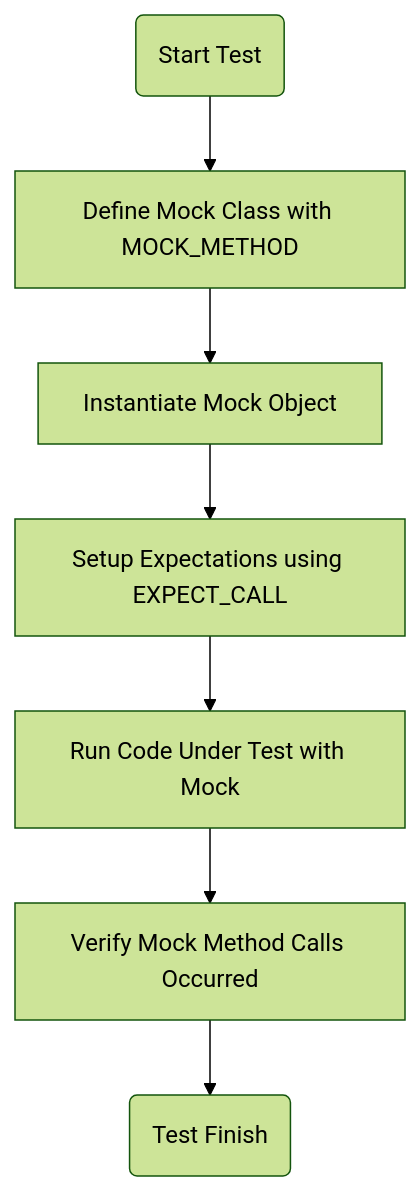
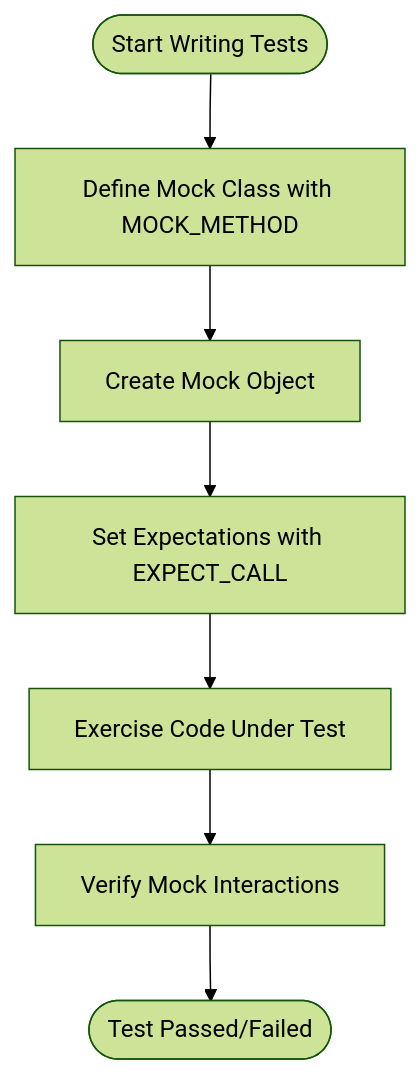
The diagram in guides/mocking-best-practices/creating-mocks.mdx (clidey/docucod-public-project-869ef7c3-7eff-4ad2-9765-2698303f14d7), drawn with Mermaid (forest theme) before and after one commit. The commit also changed other lines of this file and 48 other files, not shown here.

````diff
--- a/guides/mocking-best-practices/creating-mocks.mdx
+++ b/guides/mocking-best-practices/creating-mocks.mdx
@@ -278,9 +380,9 @@
 ```mermaid
 flowchart TD
-  Start("Start Test") --> DefineMock["Define Mock Class with MOCK_METHOD"]
-  DefineMock --> InstantiateMock["Instantiate Mock Object"]
-  InstantiateMock --> SetupExpectations["Setup Expectations using EXPECT_CALL"]
-  SetupExpectations --> ExerciseCode["Run Code Under Test with Mock"]
-  ExerciseCode --> VerifyCalls["Verify Mock Method Calls Occurred"]
-  VerifyCalls --> End("Test Finish")
+  Start([Start Writing Tests]) --> DefineMock[Define Mock Class with MOCK_METHOD]
+  DefineMock --> CreateMockObj[Create Mock Object]
+  CreateMockObj --> SetExpectations[Set Expectations with EXPECT_CALL]
+  SetExpectations --> ExerciseCode[Exercise Code Under Test]
+  ExerciseCode --> VerifyCalls[Verify Mock Interactions]
+  VerifyCalls --> End([Test Passed/Failed])
 ```
````
